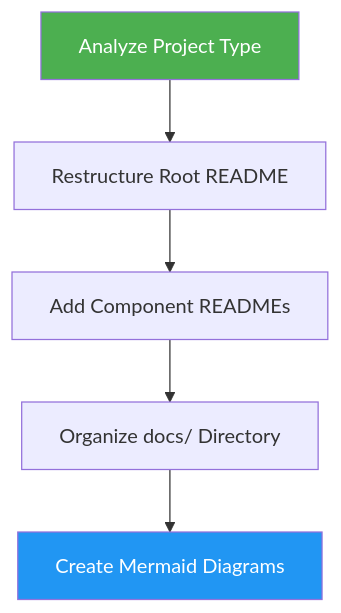
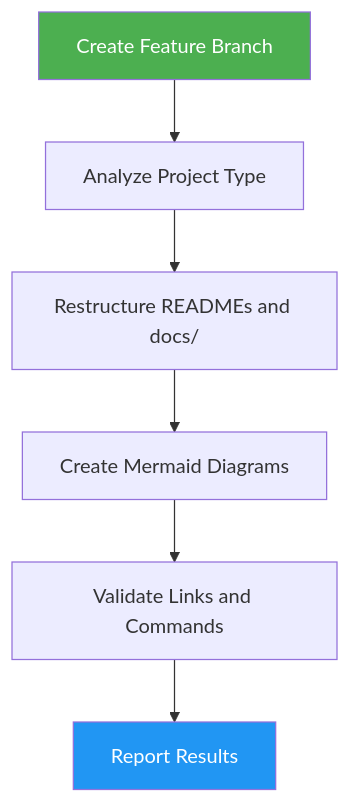
One commit to Montimage/skills changed the diagram in skills/docs-generator/docs/README.md. Above: the diagram before and after it, drawn with Mermaid. The commit also changed other lines of this file and 41 other files, not shown here.

````diff
--- a/skills/docs-generator/docs/README.md
+++ b/skills/docs-generator/docs/README.md
@@ -34,9 +34,10 @@
 ```mermaid
 graph TD
-    A["Analyze Project Type"] --> B["Restructure Root README"]
-    B --> C["Add Component READMEs"]
-    C --> D["Organize docs/ Directory"]
-    D --> E["Create Mermaid Diagrams"]
+    A["Create Feature Branch"] --> B["Analyze Project Type"]
+    B --> C["Restructure READMEs and docs/"]
+    C --> D["Create Mermaid Diagrams"]
+    D --> E["Validate Links and Commands"]
+    E --> F["Report Results"]
     style A fill:#4CAF50,color:#fff
-    style E fill:#2196F3,color:#fff
+    style F fill:#2196F3,color:#fff
 ```
````
